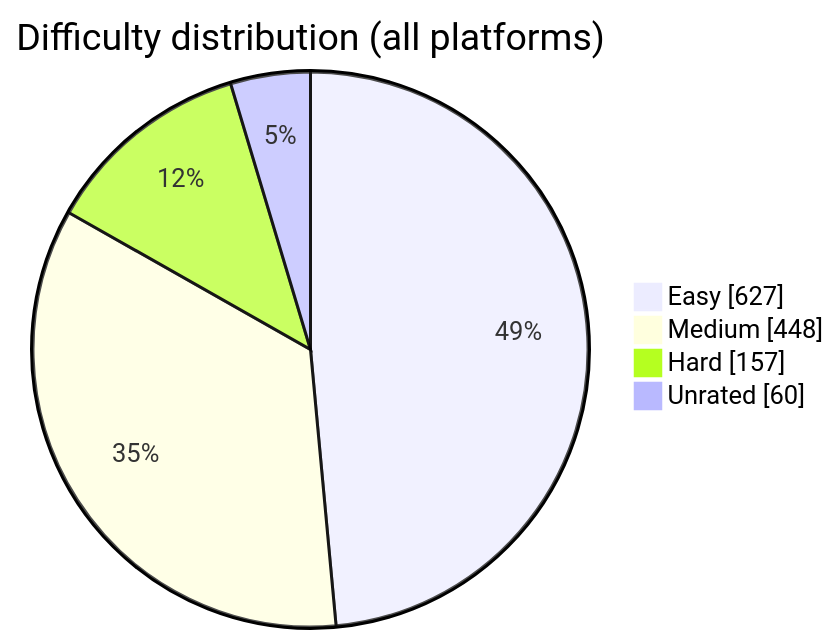
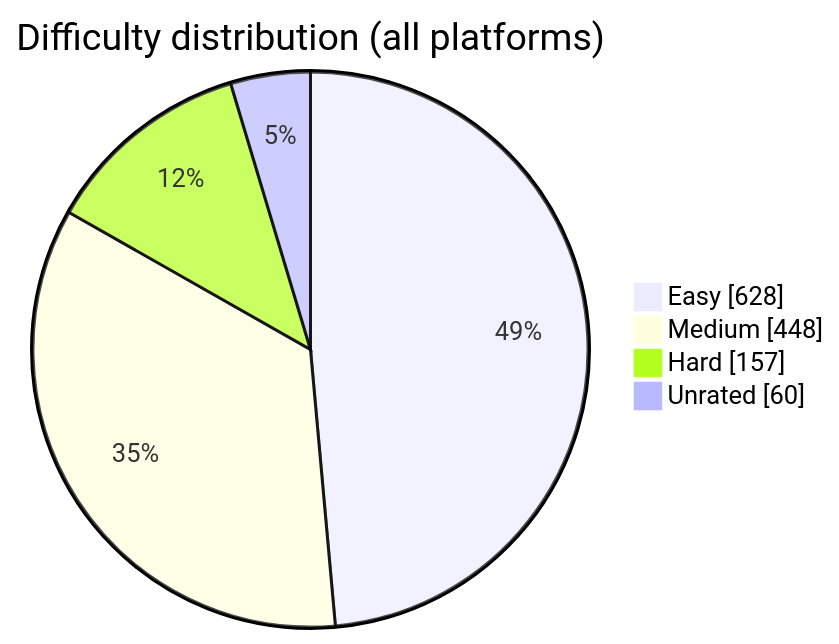
The diagram in README.md (BuildbyArindam/Daily-Coding-Log), drawn with Mermaid before and after one commit. The commit also changed other lines of this file, not shown here.

````diff
--- a/README.md
+++ b/README.md
@@ -93,7 +93,7 @@
 ```mermaid
 pie showData title Difficulty distribution (all platforms)
-    "Easy" : 627
+    "Easy" : 628
     "Medium" : 448
     "Hard" : 157
     "Unrated" : 60
 ```
````
